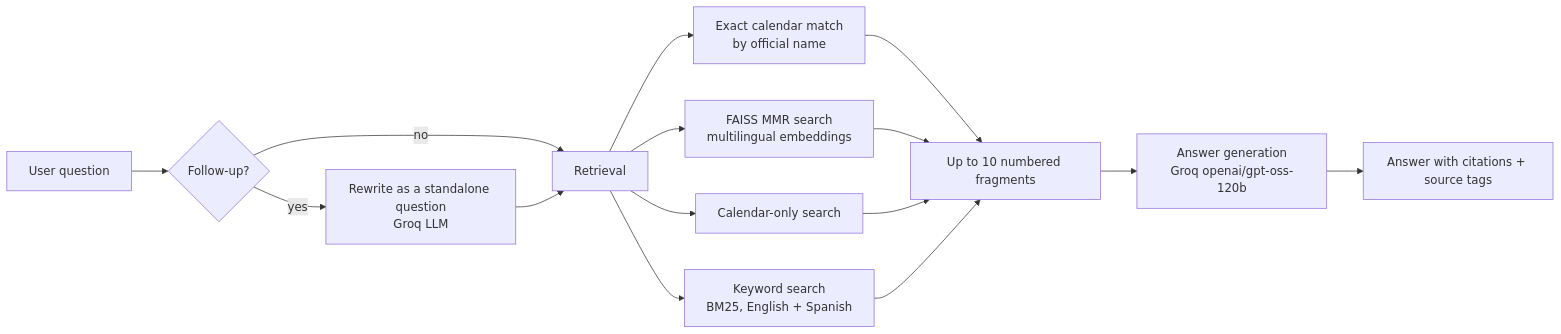
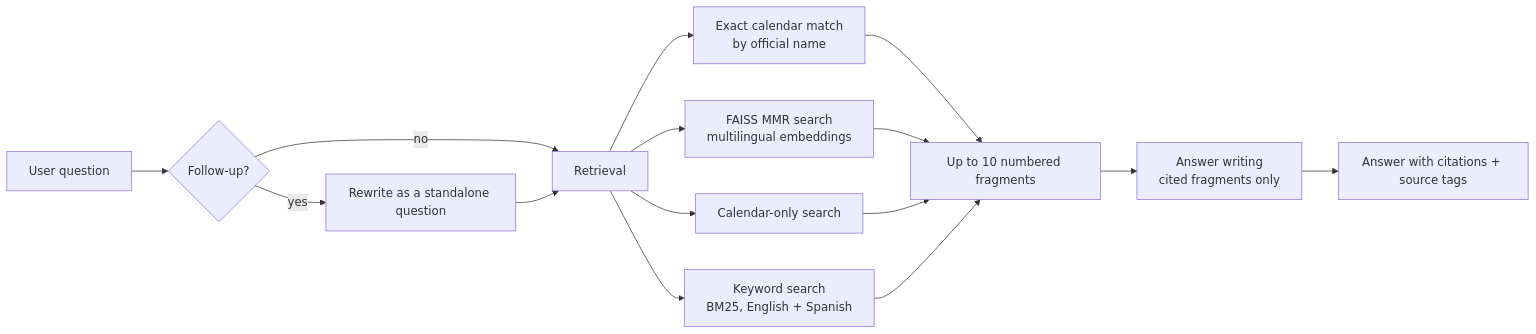
Before and after one commit to machinelearning-source/UdeC-knowledge: the diagram in README.md, drawn with Mermaid. The commit also changed other lines of this file and 3 other files, not shown here.

````diff
--- a/README.md
+++ b/README.md
@@ -29,14 +29,14 @@
 ```mermaid
 flowchart LR
     Q[User question] --> F{Follow-up?}
-    F -- yes --> R[Rewrite as a standalone question<br/>Groq LLM]
+    F -- yes --> R[Rewrite as a standalone question]
     F -- no --> S
     R --> S[Retrieval]
     S --> C1[Exact calendar match<br/>by official name]
     S --> C2[FAISS MMR search<br/>multilingual embeddings]
     S --> C3[Calendar-only search]
     S --> C4[Keyword search<br/>BM25, English + Spanish]
     C1 & C2 & C3 & C4 --> CTX[Up to 10 numbered fragments]
-    CTX --> G[Answer generation<br/>Groq openai/gpt-oss-120b]
+    CTX --> G[Answer writing<br/>cited fragments only]
     G --> A[Answer with citations + source tags]
 ```
````
